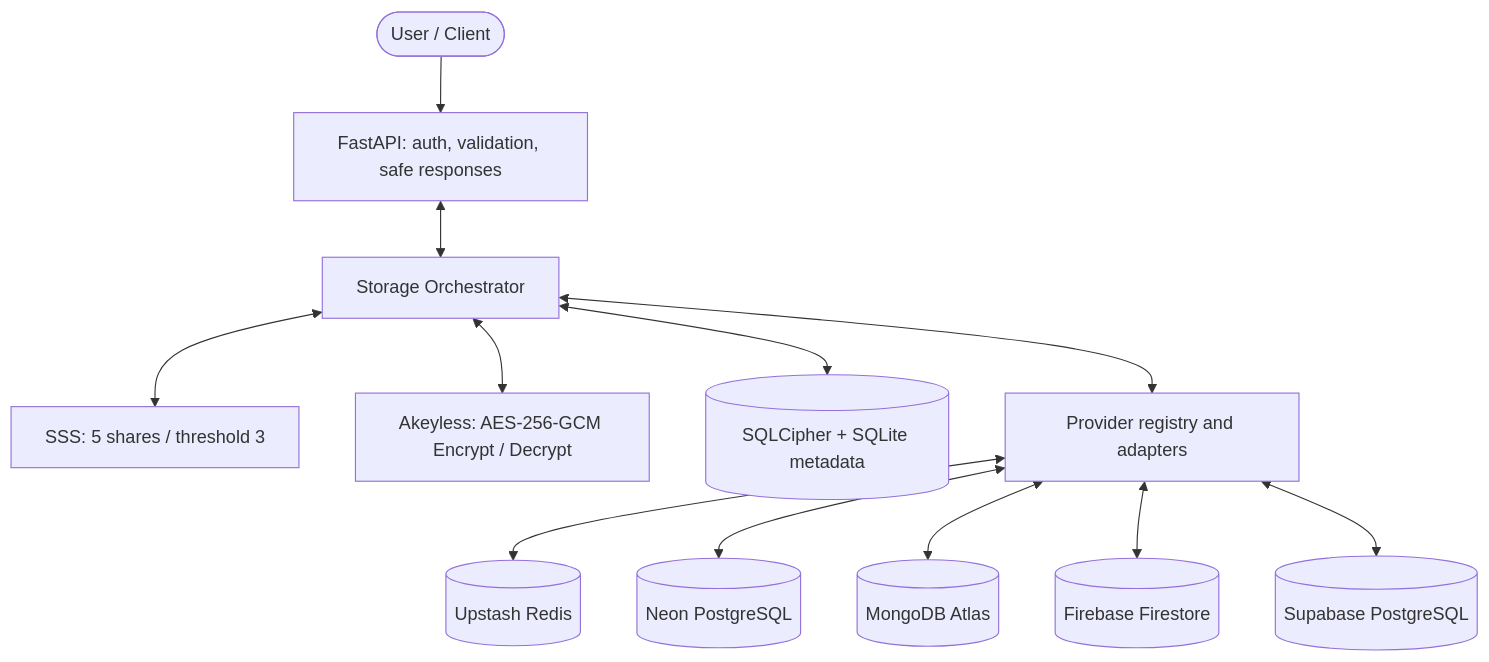
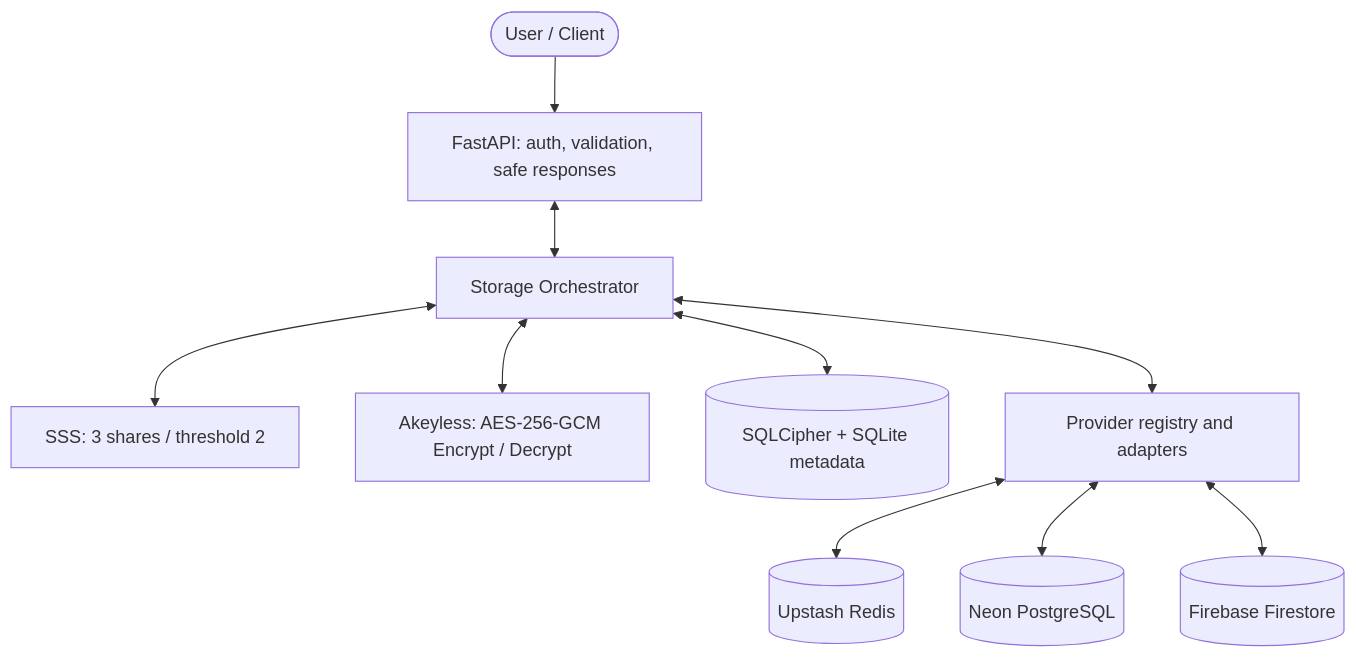
One commit to Raj-pratap07/Compromized changed the diagram in docs/firefly-docs-pack/docs/diagrams/01-system.mmd. Above: the diagram before and after it, drawn with Mermaid. The commit also changed 69 other files, not shown here.

```diff
--- a/docs/firefly-docs-pack/docs/diagrams/01-system.mmd
+++ b/docs/firefly-docs-pack/docs/diagrams/01-system.mmd
@@ -1,12 +1,10 @@
 flowchart TB
     U([User / Client]) --> API[FastAPI: auth, validation, safe responses]
     API <--> O[Storage Orchestrator]
-    O <--> SSS[SSS: 5 shares / threshold 3]
+    O <--> SSS[SSS: 3 shares / threshold 2]
     O <--> AK[Akeyless: AES-256-GCM Encrypt / Decrypt]
     O <--> DB[(SQLCipher + SQLite metadata)]
     O <--> REG[Provider registry and adapters]
     REG <--> P1[(Upstash Redis)]
     REG <--> P2[(Neon PostgreSQL)]
-    REG <--> P3[(MongoDB Atlas)]
-    REG <--> P4[(Firebase Firestore)]
-    REG <--> P5[(Supabase PostgreSQL)]
+    REG <--> P3[(Firebase Firestore)]
```
